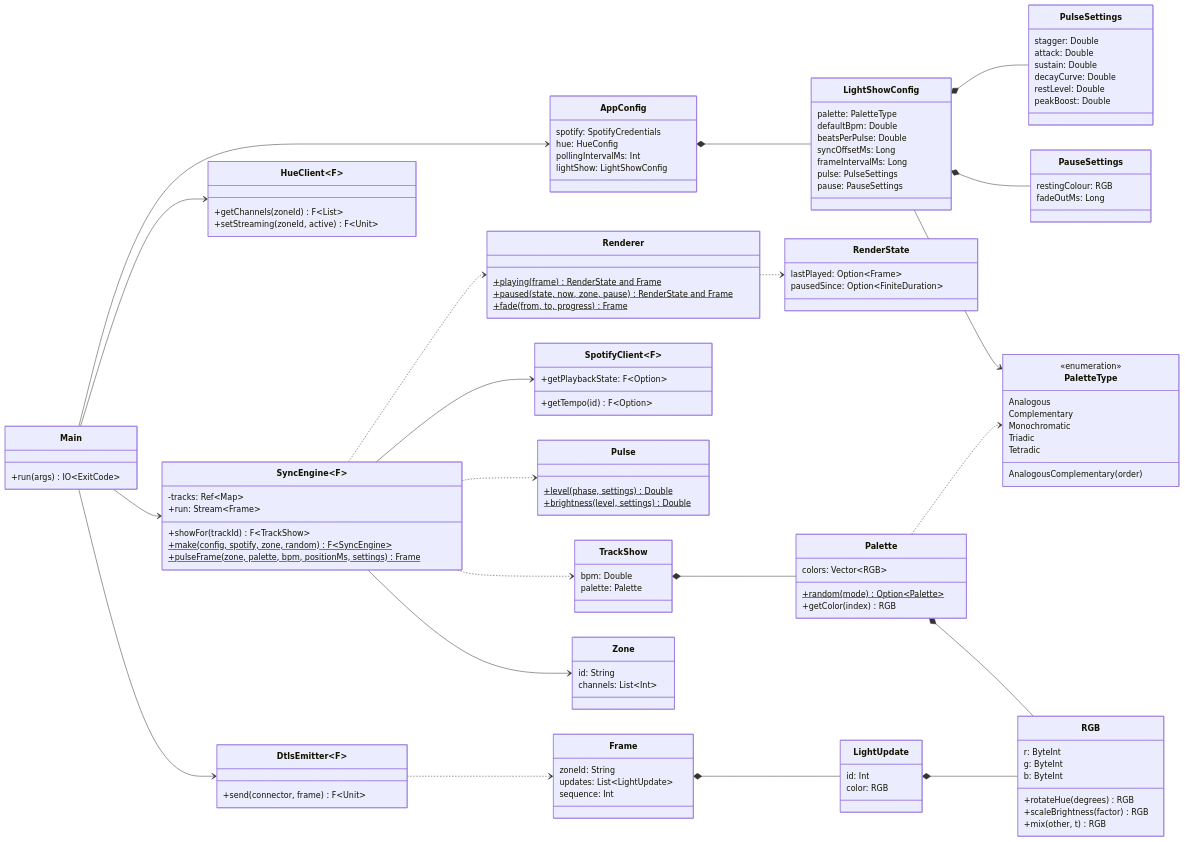
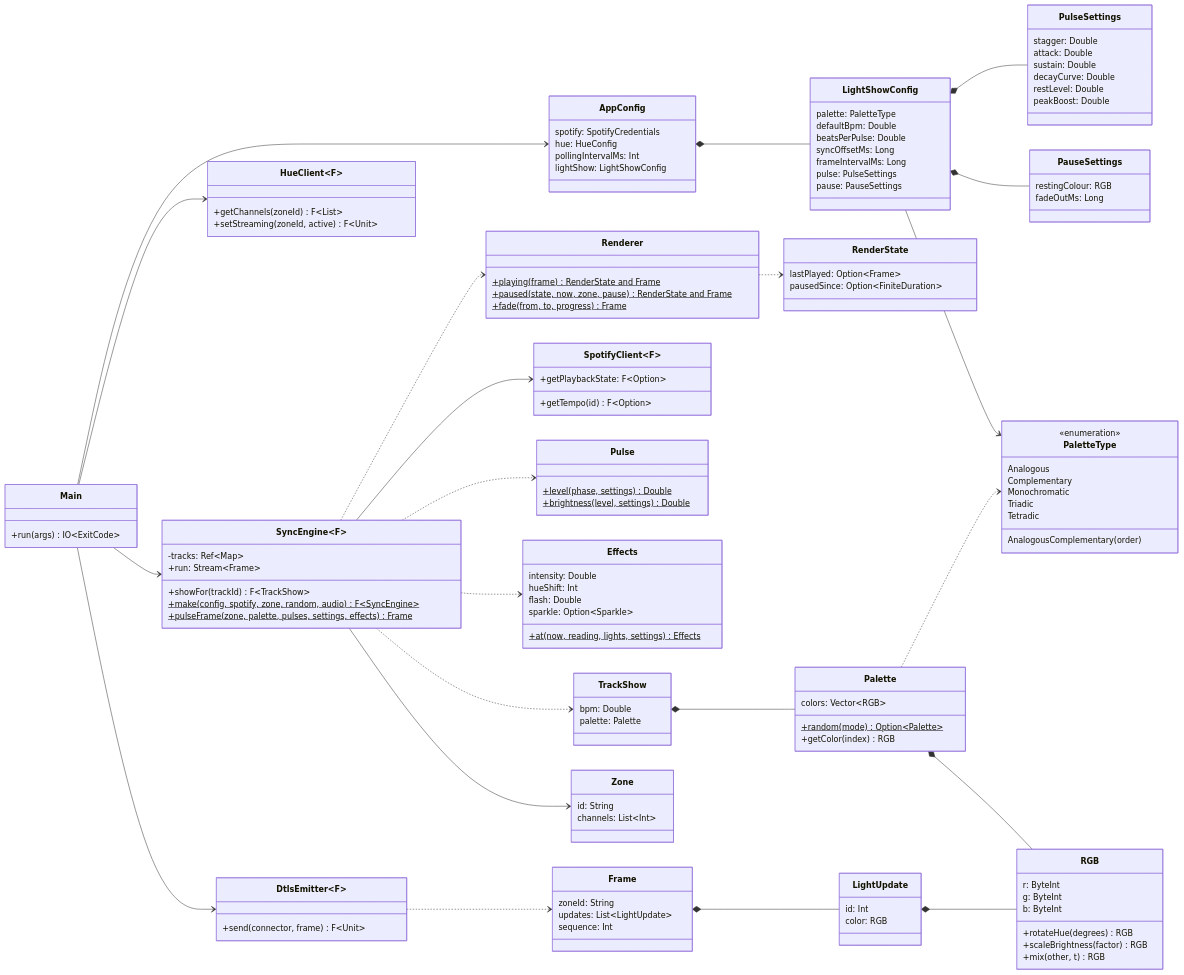
The second of 3 diagrams in docs/architecture.md (LorenzoPrinsloo/spotify-hue-sync), drawn with Mermaid before and after one commit. The commit also changed other lines of this file and 17 other files, not shown here.

```diff
--- a/docs/architecture.md
+++ b/docs/architecture.md
@@ -97,8 +97,8 @@
         -tracks: Ref~Map~
         +run: Stream~Frame~
         +showFor(trackId) F~TrackShow~
-        +make(config, spotify, zone, random)$ F~SyncEngine~
-        +pulseFrame(zone, palette, bpm, positionMs, settings)$ Frame
+        +make(config, spotify, zone, random, audio)$ F~SyncEngine~
+        +pulseFrame(zone, palette, pulses, settings, effects)$ Frame
     }
     class TrackShow {
         bpm: Double
@@ -120,6 +120,13 @@
     class Pulse {
         +level(phase, settings)$ Double
         +brightness(level, settings)$ Double
+    }
+    class Effects {
+        intensity: Double
+        hueShift: Int
+        flash: Double
+        sparkle: Option~Sparkle~
+        +at(now, reading, lights, settings)$ Effects
     }
     class Renderer {
         +playing(frame)$ RenderState and Frame
@@ -180,6 +187,7 @@
     SyncEngine --> Zone
     SyncEngine ..> TrackShow
     SyncEngine ..> Pulse
+    SyncEngine ..> Effects
     SyncEngine ..> Renderer
     Renderer ..> RenderState
     TrackShow *-- Palette
```
